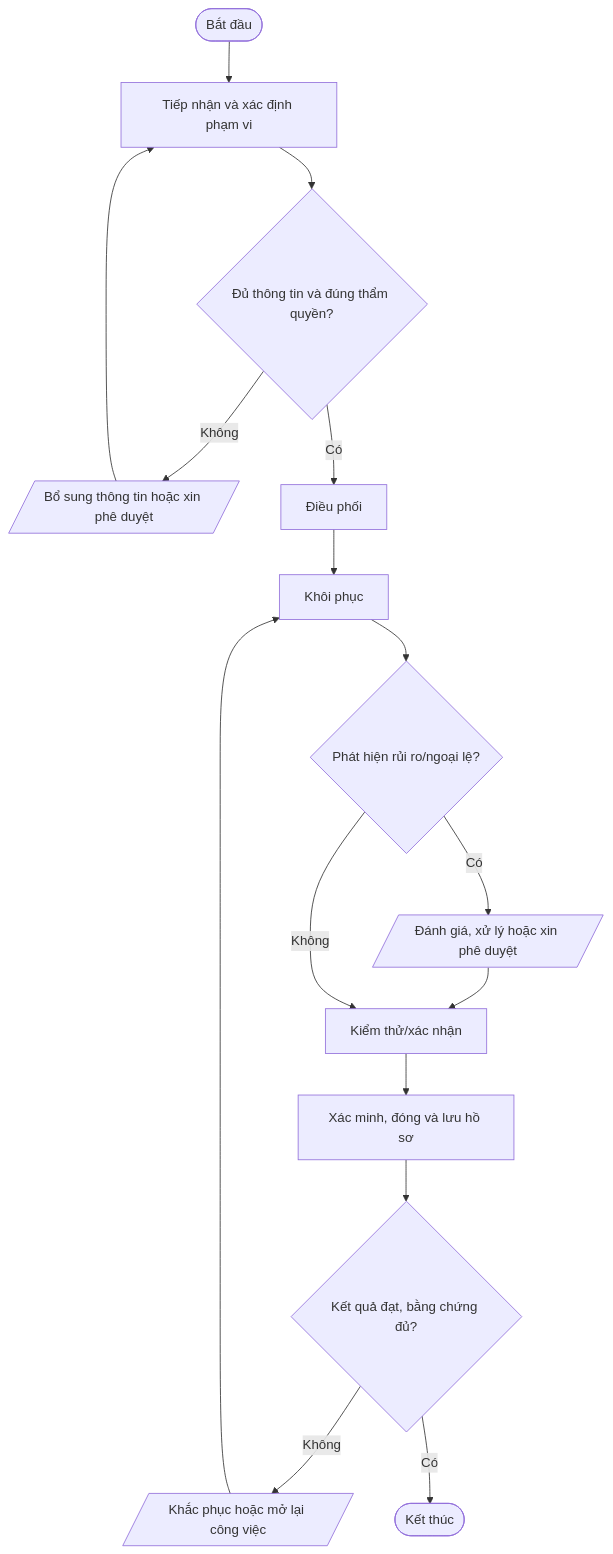
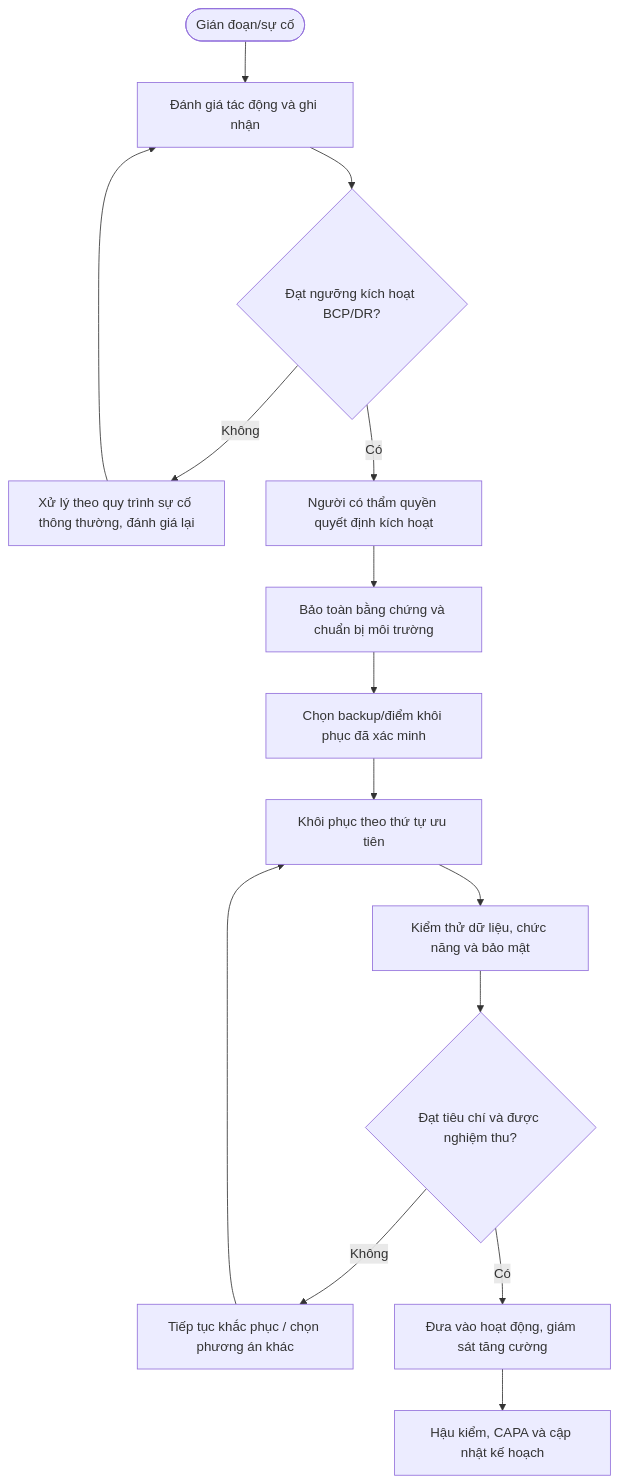
One commit to daoaigiangnam/Quy_Trinh_Chuan changed the diagram in quy-trinh/chi-tiet/QT-BCP-02.md. Above: the diagram before and after it, drawn with Mermaid. The commit also changed other lines of this file, not shown here.

Commit message:
Cập nhật nội dung chi tiết QT-BCP-02.md lên main

````diff
--- a/quy-trinh/chi-tiet/QT-BCP-02.md
+++ b/quy-trinh/chi-tiet/QT-BCP-02.md
@@ -31,18 +139,17 @@
 ```mermaid
 flowchart TD
-  A([Bắt đầu]) --> S1["Tiếp nhận và xác định phạm vi"]
-  S1 --> D1{"Đủ thông tin và đúng thẩm quyền?"}
-  D1 -- Không --> F1[/"Bổ sung thông tin hoặc xin phê duyệt"/]
-  F1 --> S1
-  D1 -- Có --> S2["Điều phối"]
-  S2 --> S3["Khôi phục"]
-  S3 --> D2{"Phát hiện rủi ro/ngoại lệ?"}
-  D2 -- Có --> RISK[/"Đánh giá, xử lý hoặc xin phê duyệt"/]
-  RISK --> S4["Kiểm thử/xác nhận"]
-  D2 -- Không --> S4
-  S4 --> S5["Xác minh, đóng và lưu hồ sơ"]
-  S5 --> D3{"Kết quả đạt, bằng chứng đủ?"}
-  D3 -- Không --> R[/"Khắc phục hoặc mở lại công việc"/]
-  R --> S3
-  D3 -- Có --> Z([Kết thúc])
+ A([Gián đoạn/sự cố]) --> B[Đánh giá tác động và ghi nhận]
+ B --> C{Đạt ngưỡng kích hoạt BCP/DR?}
+ C -- Không --> D[Xử lý theo quy trình sự cố thông thường, đánh giá lại]
+ D --> B
+ C -- Có --> E[Người có thẩm quyền quyết định kích hoạt]
+ E --> F[Bảo toàn bằng chứng và chuẩn bị môi trường]
+ F --> G[Chọn backup/điểm khôi phục đã xác minh]
+ G --> H[Khôi phục theo thứ tự ưu tiên]
+ H --> I[Kiểm thử dữ liệu, chức năng và bảo mật]
+ I --> J{Đạt tiêu chí và được nghiệm thu?}
+ J -- Không --> K[Tiếp tục khắc phục / chọn phương án khác]
+ K --> H
+ J -- Có --> L[Đưa vào hoạt động, giám sát tăng cường]
+ L --> M[Hậu kiểm, CAPA và cập nhật kế hoạch]
 ```
````
